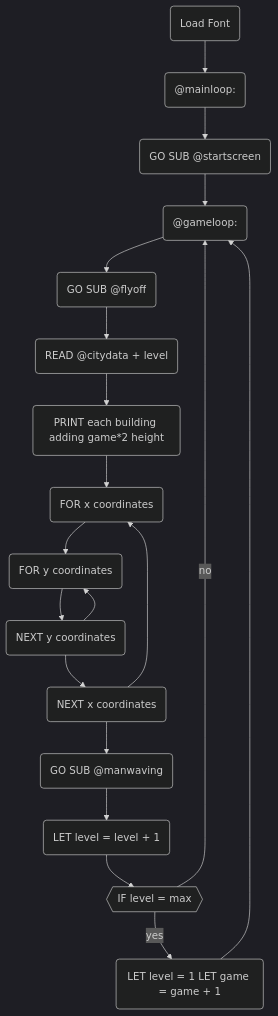
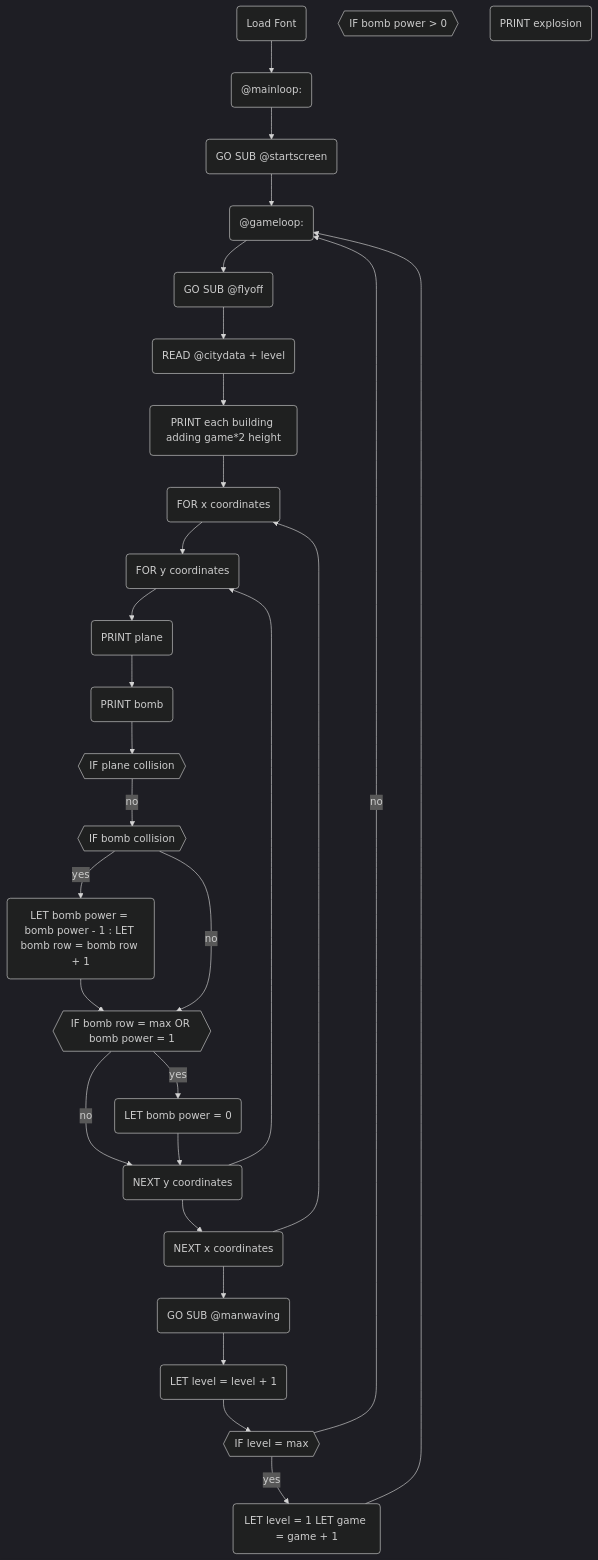
One commit to eigengrouse/eigengrouse changed the diagram in src/pages/eigenblitz.mdx. Above: the diagram before and after it, drawn with Mermaid (dark theme).

Commit message:
progress

````diff
--- a/src/pages/eigenblitz.mdx
+++ b/src/pages/eigenblitz.mdx
@@ -52,39 +52,56 @@
 ```mermaid
 flowchart TD
     load_font("Load Font")
     mainloop("@mainloop:")
     gosub_startscreen("GO SUB @startscreen")
     gameloop("@gameloop:")
     gosub_flyoff("GO SUB @flyoff")
     load_citydata("READ @citydata + level")
     print_city("PRINT each building adding game*2 height")
     for_x_coordinates("FOR x coordinates")
     for_y_coordinates("FOR y coordinates")
-
+    print_plane("PRINT plane")
+    q_bomb_power{{"IF bomb power > 0"}}
+    print_bomb("PRINT bomb")
+    q_plane_collision{{"IF plane collision"}}
+    print_explosion("PRINT explosion")
+    q_bomb_collision{{"IF bomb collision"}}
+    update_bomb("LET bomb power = bomb power - 1 : LET bomb row = bomb row + 1")
+    q_bomb_ground{{IF bomb row = max OR bomb power = 1}}
+    remove_bomb("LET bomb power = 0")
     next_y_coordinates("NEXT y coordinates")
     next_x_coordinates("NEXT x coordinates")
     gosub_manwaving("GO SUB @manwaving")
     level_up("LET level = level + 1")
     q_max_level{{"IF level = max"}}
     game_up("LET level = 1 LET game = game + 1")
 
     load_font --> mainloop
     mainloop --> gosub_startscreen
     gosub_startscreen --> gameloop
     gameloop --> gosub_flyoff
     gosub_flyoff --> load_citydata
     load_citydata --> print_city
     print_city --> for_x_coordinates
     for_x_coordinates --> for_y_coordinates
-    for_y_coordinates --> next_y_coordinates
+    for_y_coordinates --> print_plane
+    print_plane --> print_bomb
+    print_bomb --> q_plane_collision
+    q_plane_collision -- no --> q_bomb_collision
+    q_bomb_collision -- yes --> update_bomb
+    update_bomb --> q_bomb_ground
+    q_bomb_collision -- no --> q_bomb_ground 
+    q_bomb_ground -- yes --> remove_bomb
+    q_bomb_ground -- no --> next_y_coordinates
+    remove_bomb --> next_y_coordinates
     next_y_coordinates --> next_x_coordinates
     next_y_coordinates --> for_y_coordinates
     next_x_coordinates --> for_x_coordinates
     next_x_coordinates --> gosub_manwaving
     gosub_manwaving --> level_up
     level_up --> q_max_level
     q_max_level -- yes --> game_up
     q_max_level -- no --> gameloop
     game_up --> gameloop
 
 ```
````
